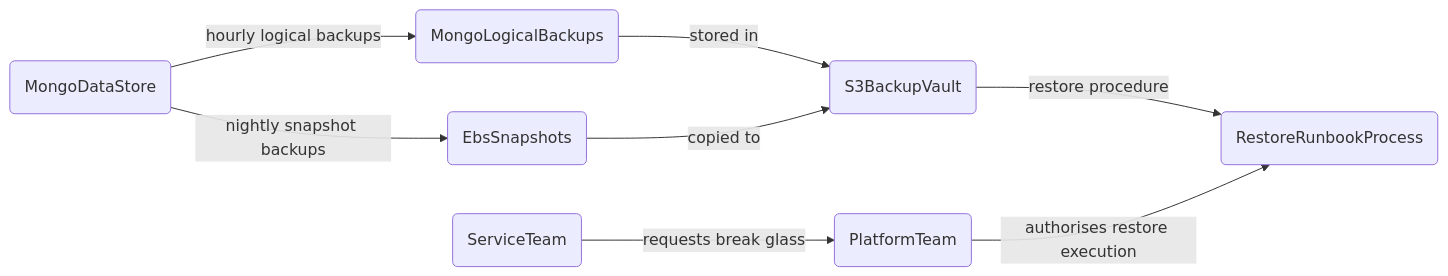
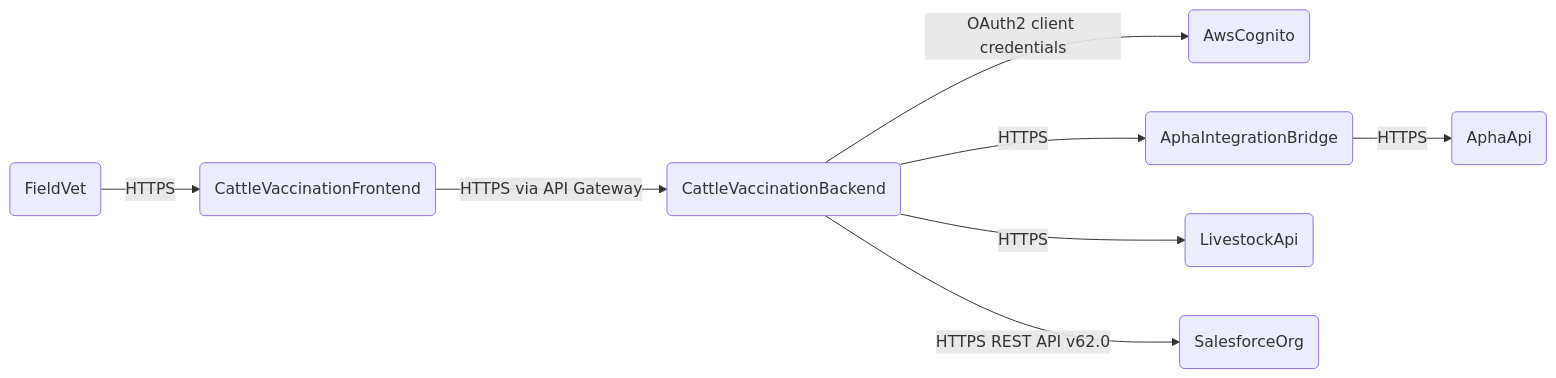
One commit to DEFRA/cattle-vaccination-documentation changed the third of 3 diagrams in technology/data-architecture/physical-view/README.md. Above: the diagram before and after it, drawn with Mermaid. The commit also changed other lines of this file and 3 other files, not shown here.

````diff
--- a/technology/data-architecture/physical-view/README.md
+++ b/technology/data-architecture/physical-view/README.md
@@ -57,18 +56,19 @@
 ```mermaid
 flowchart LR
-  MongoPrimary(MongoDataStore)
-  MongoBackups(MongoLogicalBackups)
-  EbsSnapshots(EbsSnapshots)
-  S3BackupVault(S3BackupVault)
-  RestoreRunbook(RestoreRunbookProcess)
-  ServiceTeam(ServiceTeam)
-  PlatformTeam(PlatformTeam)
+  Vet(FieldVet)
+  Frontend(CattleVaccinationFrontend)
+  Backend(CattleVaccinationBackend)
+  Cognito(AwsCognito)
+  AphaBridge(AphaIntegrationBridge)
+  AphaApi(AphaApi)
+  LivestockApi(LivestockApi)
+  SalesforceOrg(SalesforceOrg)
 
-  MongoPrimary -->|"hourly logical backups"| MongoBackups
-  MongoPrimary -->|"nightly snapshot backups"| EbsSnapshots
-  MongoBackups -->|"stored in"| S3BackupVault
-  EbsSnapshots -->|"copied to"| S3BackupVault
-  S3BackupVault -->|"restore procedure"| RestoreRunbook
-  ServiceTeam -->|"requests break glass"| PlatformTeam
-  PlatformTeam -->|"authorises restore execution"| RestoreRunbook
+  Vet -->|"HTTPS"| Frontend
+  Frontend -->|"HTTPS via API Gateway"| Backend
+  Backend -->|"OAuth2 client credentials"| Cognito
+  Backend -->|"HTTPS"| AphaBridge
+  AphaBridge -->|"HTTPS"| AphaApi
+  Backend -->|"HTTPS"| LivestockApi
+  Backend -->|"HTTPS REST API v62.0"| SalesforceOrg
 ```
````
